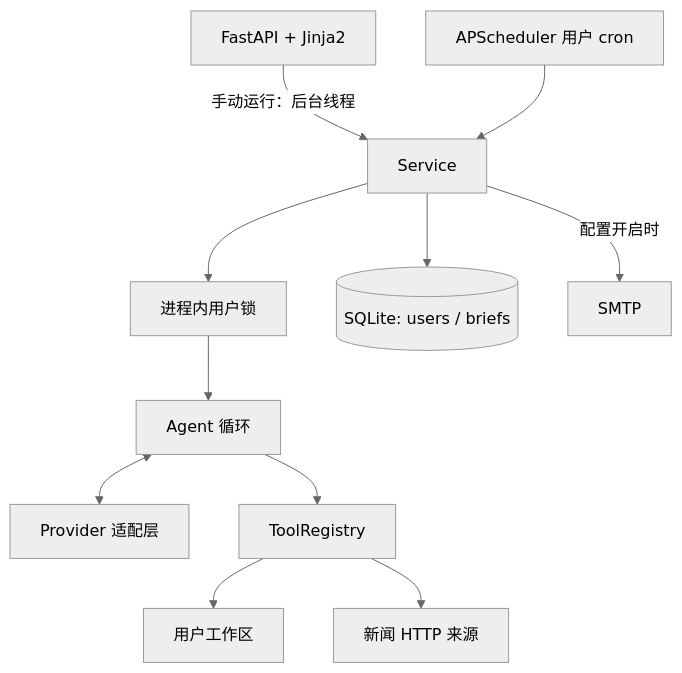
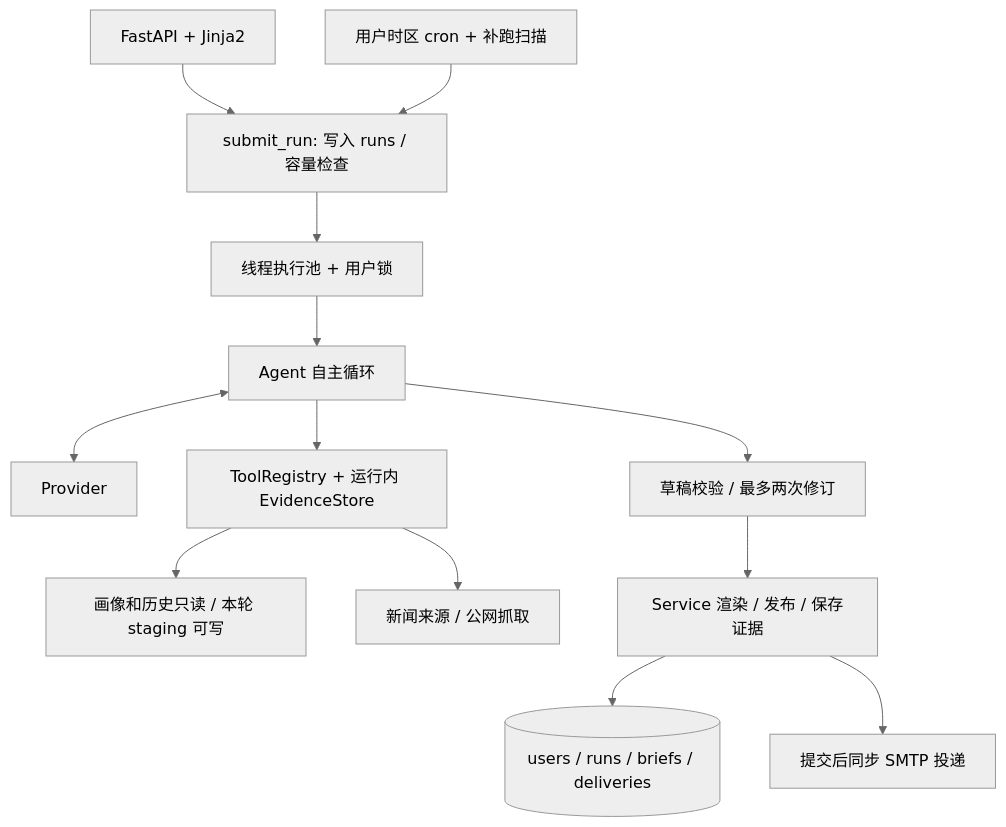
The diagram in docs/DESIGN.md (kayzenline/ai-news-agent), drawn with Mermaid (neutral theme) before and after one commit. The commit also changed other lines of this file and 2 other files, not shown here.

````diff
--- a/docs/DESIGN.md
+++ b/docs/DESIGN.md
@@ -39,13 +33,15 @@
 ```mermaid
 flowchart TB
-  UI[FastAPI + Jinja2] -->|手动运行：后台线程| S[Service]
-  C[APScheduler 用户 cron] --> S
-  S --> L[进程内用户锁]
-  L --> A[Agent 循环]
-  A <--> P[Provider 适配层]
-  A --> T[ToolRegistry]
-  T --> W[用户工作区]
-  T --> N[新闻 HTTP 来源]
-  S --> DB[(SQLite: users / briefs)]
-  S -->|配置开启时| M[SMTP]
+  UI[FastAPI + Jinja2] --> R[submit_run: 写入 runs / 容量检查]
+  C[用户时区 cron + 补跑扫描] --> R
+  R --> E[线程执行池 + 用户锁]
+  E --> A[Agent 自主循环]
+  A <--> P[Provider]
+  A --> T[ToolRegistry + 运行内 EvidenceStore]
+  T --> W[画像和历史只读 / 本轮 staging 可写]
+  T --> N[新闻来源 / 公网抓取]
+  A --> V[草稿校验 / 最多两次修订]
+  V --> S[Service 渲染 / 发布 / 保存证据]
+  S --> DB[(users / runs / briefs / deliveries)]
+  S --> M[提交后同步 SMTP 投递]
 ```
````
